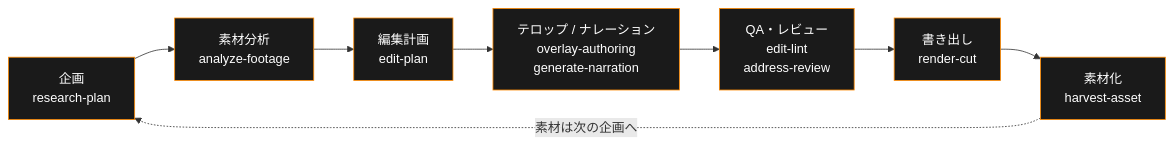
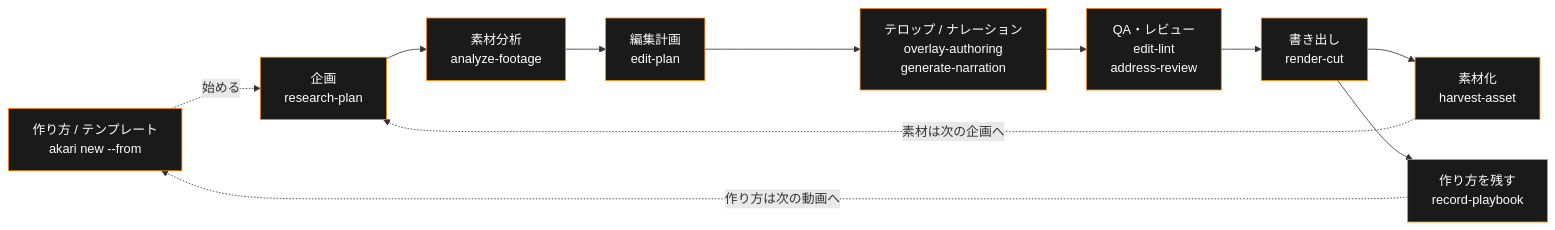
The diagram in README.ja.md (AkariLabs/akari-video), drawn with Mermaid before and after one commit. The commit also changed other lines of this file and 63 other files, not shown here.

````diff
--- a/README.ja.md
+++ b/README.ja.md
@@ -61,12 +88,15 @@
 ```mermaid
 flowchart LR
+    P["作り方 / テンプレート<br/>akari new --from"] -.始める.-> A
     A["企画<br/>research-plan"] --> B["素材分析<br/>analyze-footage"]
     B --> C["編集計画<br/>edit-plan"]
     C --> D["テロップ / ナレーション<br/>overlay-authoring<br/>generate-narration"]
     D --> E["QA・レビュー<br/>edit-lint<br/>address-review"]
     E --> F["書き出し<br/>render-cut"]
     F --> G["素材化<br/>harvest-asset"]
+    F --> H["作り方を残す<br/>record-playbook"]
     G -.素材は次の企画へ.-> A
+    H -.作り方は次の動画へ.-> P
     classDef stage fill:#1a1a1a,stroke:#ff8a00,color:#ffffff
-    class A,B,C,D,E,F,G stage
+    class A,B,C,D,E,F,G,H,P stage
 ```
````
